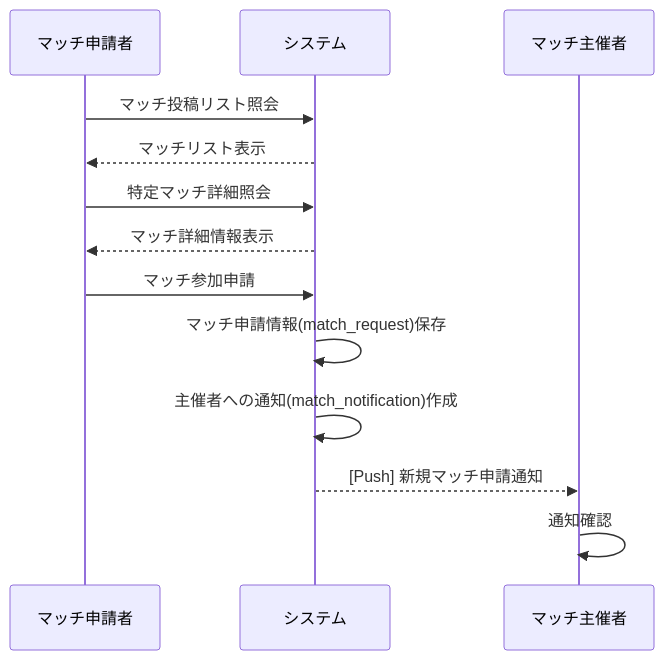
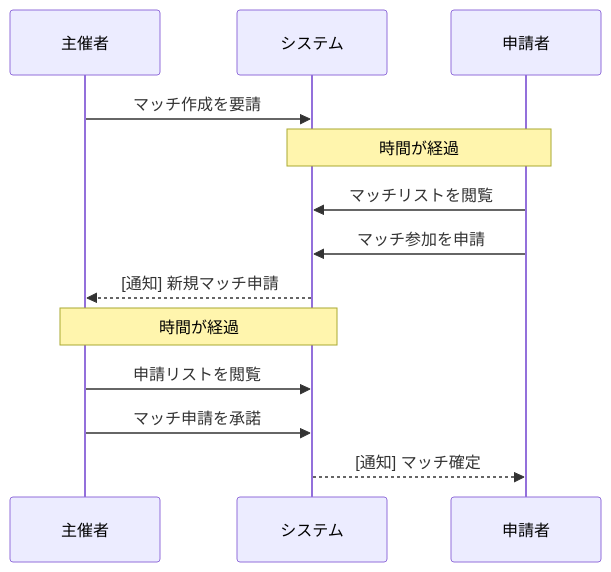
The first of 4 diagrams in README.md (Lieslot/Matching-Match-v2), drawn with Mermaid before and after one commit. The commit also changed other lines of this file, not shown here.

Commit message:
chore: simplify user flow

````diff
--- a/README.md
+++ b/README.md
@@ -46,16 +44,20 @@
 ```mermaid
 sequenceDiagram
-    participant マッチ申請者 as マッチ申請者
-    participant システム as システム
-    participant マッチ主催者 as マッチ主催者
+    participant Host as 主催者
+    participant System as システム
+    participant Requester as 申請者
 
-    マッチ申請者->>システム: マッチ投稿リスト照会
-    システム-->>マッチ申請者: マッチリスト表示
-    マッチ申請者->>システム: 特定マッチ詳細照会
-    システム-->>マッチ申請者: マッチ詳細情報表示
-    マッチ申請者->>システム: マッチ参加申請
-    システム->>システム: マッチ申請情報(match_request)保存
-    システム->>システム: 主催者への通知(match_notification)作成
-    システム-->>マッチ主催者: [Push] 新規マッチ申請通知
-    マッチ主催者->>マッチ主催者: 通知確認
+    Host->>System: マッチ作成を要請
+    
+    Note over Requester, System: 時間が経過
+
+    Requester->>System: マッチリストを閲覧
+    Requester->>System: マッチ参加を申請
+    System-->>Host: [通知] 新規マッチ申請
+
+    Note over Host, System: 時間が経過
+
+    Host->>System: 申請リストを閲覧
+    Host->>System: マッチ申請を承諾
+    System-->>Requester: [通知] マッチ確定
 ```
````
